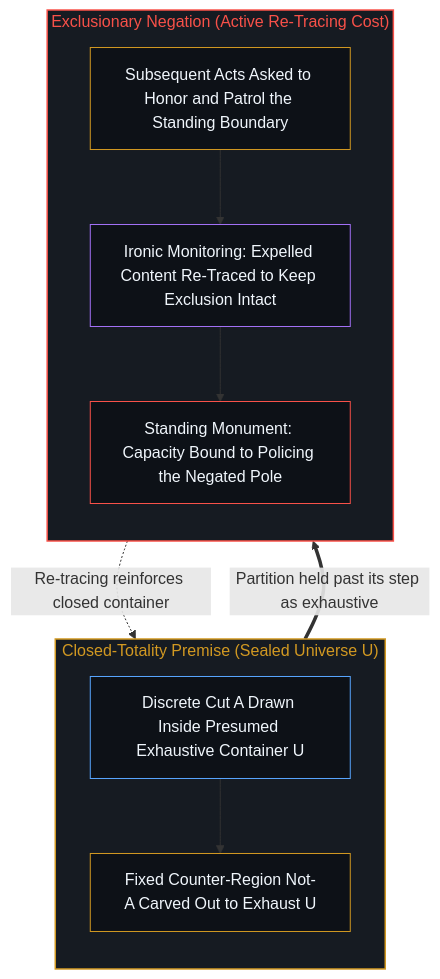
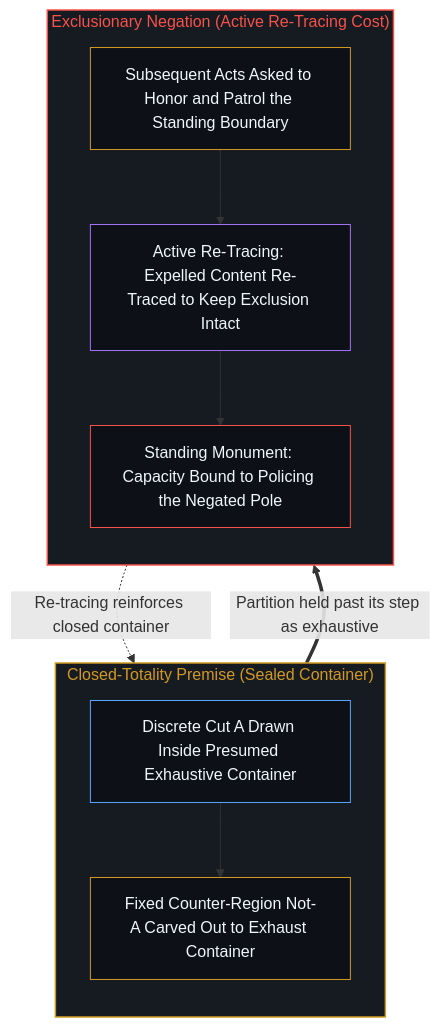
Before and after one commit to powerpig99/not-a-toe: the second of 4 diagrams in content/posts/differentiation-and-the-appearance-of-negation.md, drawn with Mermaid. The commit also changed other lines of this file and 24 other files, not shown here.

````diff
--- a/content/posts/differentiation-and-the-appearance-of-negation.md
+++ b/content/posts/differentiation-and-the-appearance-of-negation.md
@@ -71,25 +63,25 @@
 ```mermaid
 flowchart TD
-    subgraph S_Closed["Closed-Totality Premise (Sealed Universe U)"]
+    subgraph S_Closed["Closed-Totality Premise (Sealed Container)"]
         direction TB
-        C_Cut["Discrete Cut A Drawn Inside Presumed Exhaustive Container U"]
-        C_Comp["Fixed Counter-Region Not-A Carved Out to Exhaust U"]
+        C_Cut["Discrete Cut A Drawn Inside Presumed Exhaustive Container"]
+        C_Comp["Fixed Counter-Region Not-A Carved Out to Exhaust Container"]
         C_Cut --> C_Comp
     end
     subgraph S_Retrace["Exclusionary Negation (Active Re-Tracing Cost)"]
         direction TB
         R_Honor["Subsequent Acts Asked to Honor and Patrol the Standing Boundary"]
-        R_Loop["Ironic Monitoring: Expelled Content Re-Traced to Keep Exclusion Intact"]
+        R_Loop["Active Re-Tracing: Expelled Content Re-Traced to Keep Exclusion Intact"]
         R_Mon["Standing Monument: Capacity Bound to Policing the Negated Pole"]
         R_Honor --> R_Loop --> R_Mon
     end
     C_Comp ==>|"Partition held past its step as exhaustive"| R_Honor
     R_Mon -.->|"Re-tracing reinforces closed container"| C_Cut
     style S_Closed fill:#161b22,stroke:#d29922,stroke-width:1.5px,color:#d29922
     style S_Retrace fill:#161b22,stroke:#f85149,stroke-width:1.5px,color:#f85149
     style C_Cut fill:#0d1117,stroke:#58a6ff,stroke-width:1px,color:#f0f6fc
     style C_Comp fill:#0d1117,stroke:#d29922,stroke-width:1px,color:#f0f6fc
     style R_Honor fill:#0d1117,stroke:#d29922,stroke-width:1px,color:#f0f6fc
     style R_Loop fill:#0d1117,stroke:#a371f7,stroke-width:1px,color:#f0f6fc
     style R_Mon fill:#0d1117,stroke:#f85149,stroke-width:1px,color:#f0f6fc
 ```
````
